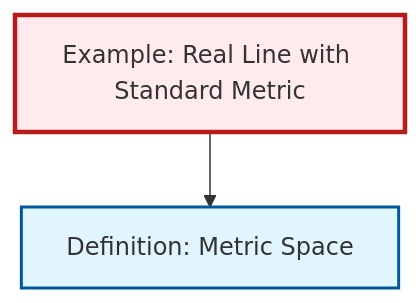
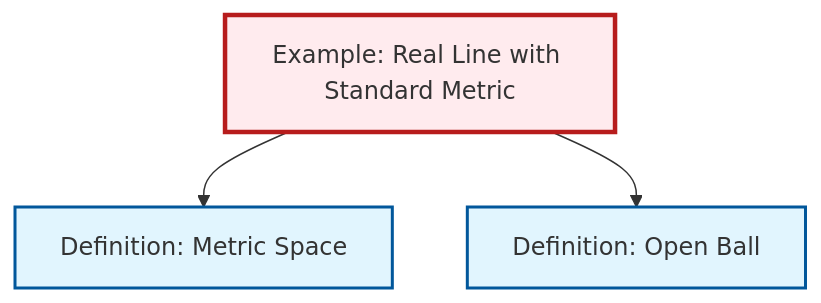
One commit to RK0429/ModernMath changed the diagram in content/en/analysis/ex-real-line-metric.qmd. Above: the diagram before and after it, drawn with Mermaid. The commit also changed 1069 other files, not shown here.

````diff
--- a/content/en/analysis/ex-real-line-metric.qmd
+++ b/content/en/analysis/ex-real-line-metric.qmd
@@ -64,14 +64,17 @@
 ```{mermaid}
 %%| fig-cap: "Local dependency graph"
 graph TD
     classDef definition fill:#e1f5fe,stroke:#01579b,stroke-width:2px
     classDef theorem fill:#f3e5f5,stroke:#4a148c,stroke-width:2px
     classDef axiom fill:#fff3e0,stroke:#e65100,stroke-width:2px
     classDef example fill:#e8f5e9,stroke:#1b5e20,stroke-width:2px
     classDef current fill:#ffebee,stroke:#b71c1c,stroke-width:3px
+    ex-real-line-metric["Example: Real Line with Standard Metric"]:::example
+    def-open-ball["Definition: Open Ball"]:::definition
     def-metric-space["Definition: Metric Space"]:::definition
-    ex-real-line-metric["Example: Real Line with Standard Metric"]:::example
     ex-real-line-metric --> def-metric-space
+    ex-real-line-metric --> def-open-ball
     class ex-real-line-metric current
+    click def-open-ball "def-open-ball.html" "Go to Open Ball definition"
     click def-metric-space "def-metric-space.html" "Go to Metric Space definition"
 ```
````
